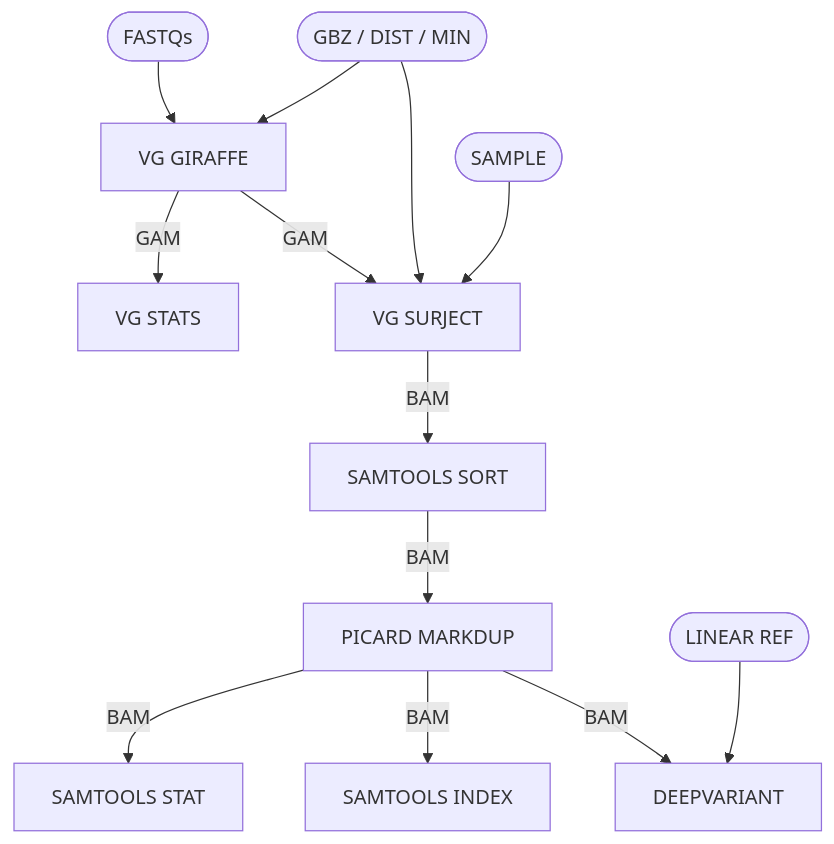
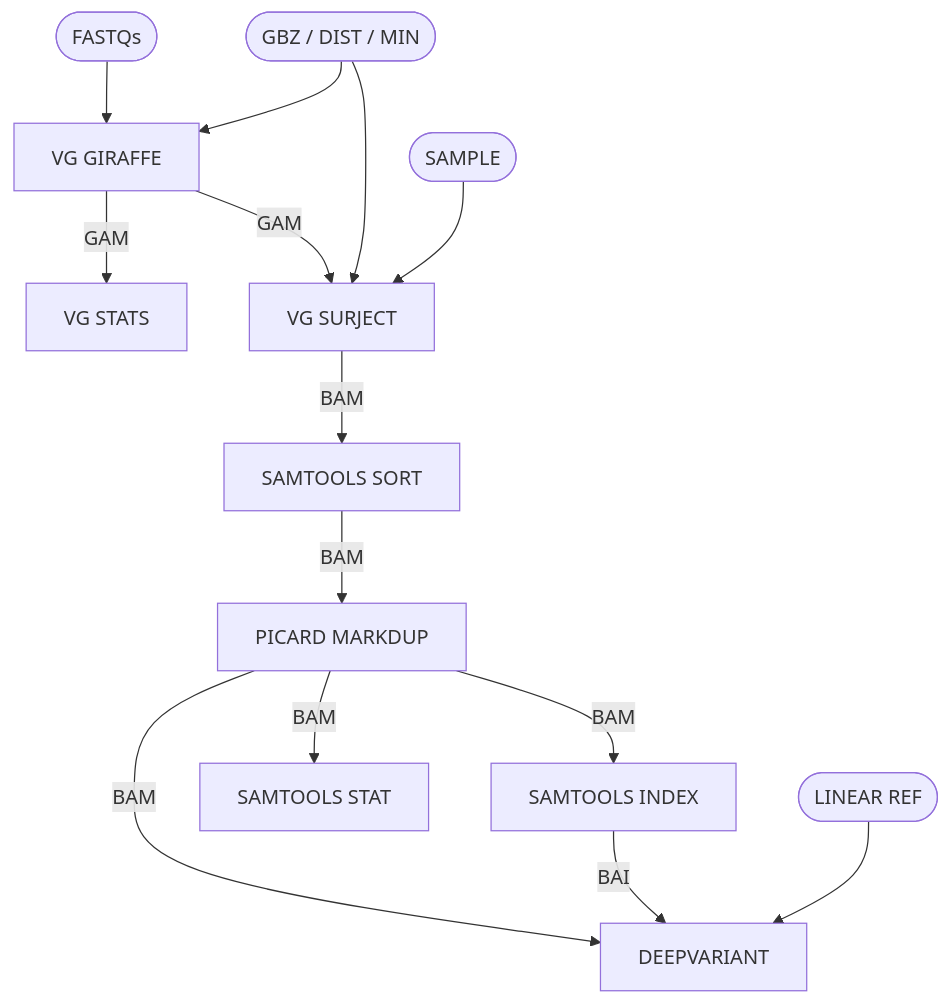
One commit to genome/cig-pipelines changed the diagram in wdl/pipelines/pangenome/wgs.doc.md. Above: the diagram before and after it, drawn with Mermaid.

````diff
--- a/wdl/pipelines/pangenome/wgs.doc.md
+++ b/wdl/pipelines/pangenome/wgs.doc.md
@@ -6,21 +6,21 @@
 ```mermaid
   flowchart TB;
       i1([FASTQs]);
       i2([GBZ / DIST / MIN]);
       i3([LINEAR REF])
       i4([SAMPLE])
       s1[VG GIRAFFE];
       s2[VG STATS];
       s3[VG SURJECT];
       s4[SAMTOOLS SORT];
       s5[PICARD MARKDUP];
       s6[SAMTOOLS STAT];
       s7[SAMTOOLS INDEX];
       s8[DEEPVARIANT];
       i1-->s1; i2-->s1
       s1--GAM-->s2; s1--GAM-->s3;
       i2-->s3; i4-->s3;
       s3--BAM-->s4--BAM-->s5
       s5--BAM-->s6; s5--BAM-->s7; s5--BAM-->s8;
-      i3-->s8;
+      s7--BAI-->s8; i3-->s8;
 ```
````
